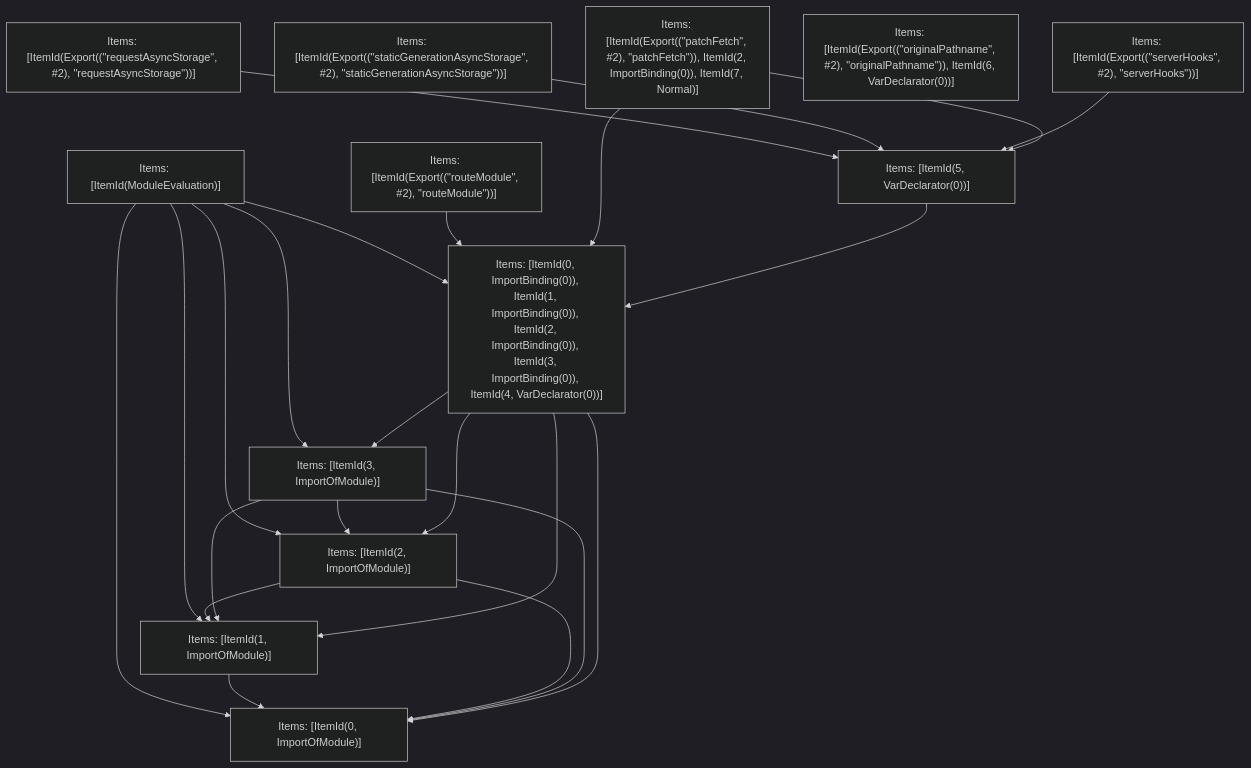
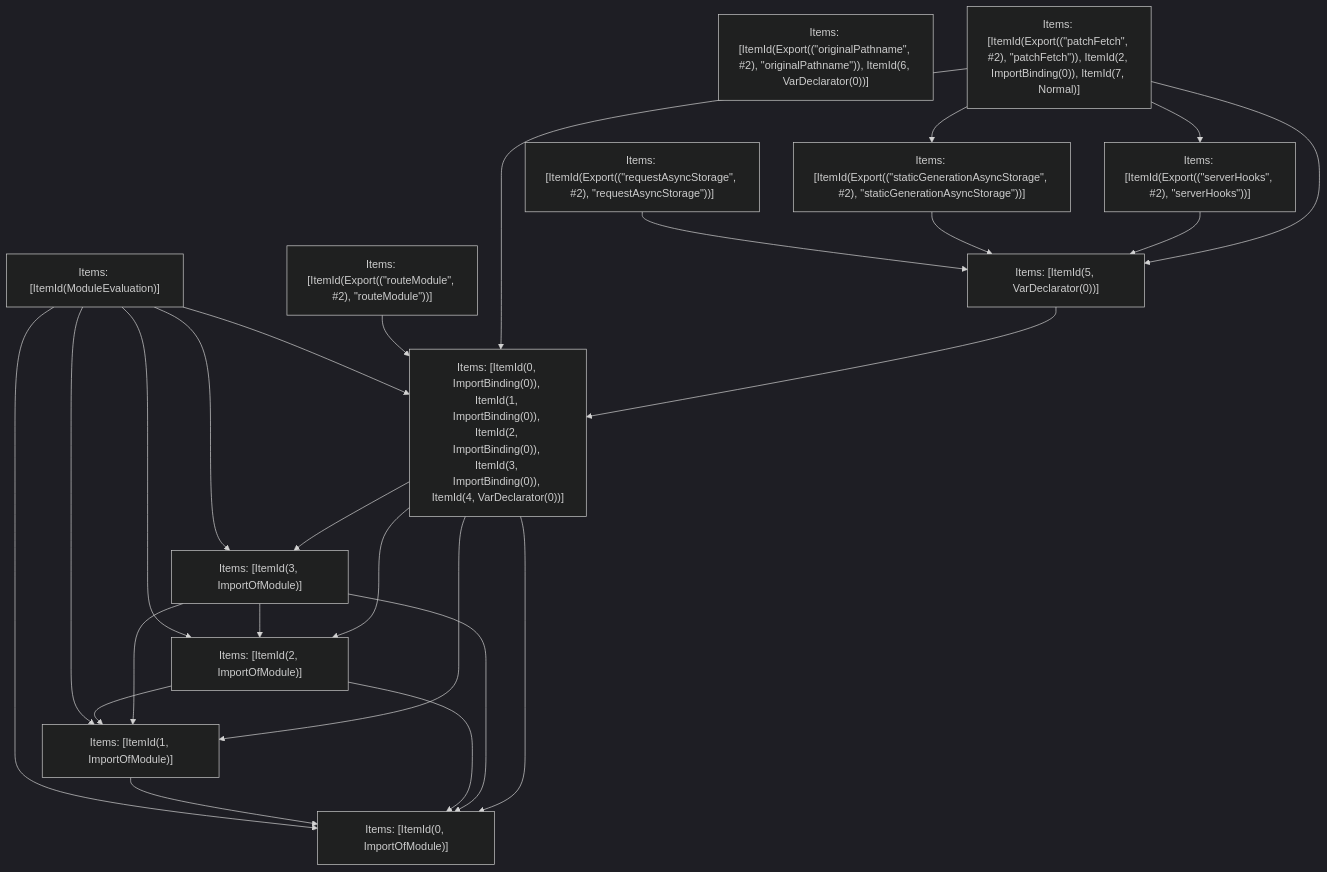
The fifth of 5 diagrams in crates/turbopack-ecmascript/tests/tree-shaker/analyzer/app-route/output.md (vercel/turborepo), drawn with Mermaid (dark theme) before and after one commit. The commit also changed other lines of this file and 5 other files, not shown here.

````diff
--- a/crates/turbopack-ecmascript/tests/tree-shaker/analyzer/app-route/output.md
+++ b/crates/turbopack-ecmascript/tests/tree-shaker/analyzer/app-route/output.md
@@ -345,38 +350,40 @@
 ```mermaid
 graph TD
     N0["Items: [ItemId(ModuleEvaluation)]"];
     N1["Items: [ItemId(Export((&quot;routeModule&quot;, #2), &quot;routeModule&quot;))]"];
     N2["Items: [ItemId(Export((&quot;requestAsyncStorage&quot;, #2), &quot;requestAsyncStorage&quot;))]"];
     N3["Items: [ItemId(Export((&quot;staticGenerationAsyncStorage&quot;, #2), &quot;staticGenerationAsyncStorage&quot;))]"];
     N4["Items: [ItemId(Export((&quot;serverHooks&quot;, #2), &quot;serverHooks&quot;))]"];
     N5["Items: [ItemId(Export((&quot;originalPathname&quot;, #2), &quot;originalPathname&quot;)), ItemId(6, VarDeclarator(0))]"];
     N6["Items: [ItemId(Export((&quot;patchFetch&quot;, #2), &quot;patchFetch&quot;)), ItemId(2, ImportBinding(0)), ItemId(7, Normal)]"];
     N7["Items: [ItemId(0, ImportOfModule)]"];
     N8["Items: [ItemId(1, ImportOfModule)]"];
     N9["Items: [ItemId(2, ImportOfModule)]"];
     N10["Items: [ItemId(3, ImportOfModule)]"];
     N11["Items: [ItemId(0, ImportBinding(0)), ItemId(1, ImportBinding(0)), ItemId(2, ImportBinding(0)), ItemId(3, ImportBinding(0)), ItemId(4, VarDeclarator(0))]"];
     N12["Items: [ItemId(5, VarDeclarator(0))]"];
     N0 --> N7;
     N0 --> N8;
     N0 --> N9;
     N0 --> N10;
     N0 --> N11;
     N1 --> N11;
     N2 --> N12;
     N3 --> N12;
     N4 --> N12;
     N6 --> N11;
     N6 --> N12;
+    N6 --> N4;
+    N6 --> N3;
     N8 --> N7;
     N9 --> N7;
     N9 --> N8;
     N10 --> N7;
     N10 --> N8;
     N10 --> N9;
     N11 --> N7;
     N11 --> N8;
     N11 --> N9;
     N11 --> N10;
     N12 --> N11;
 ```
````
